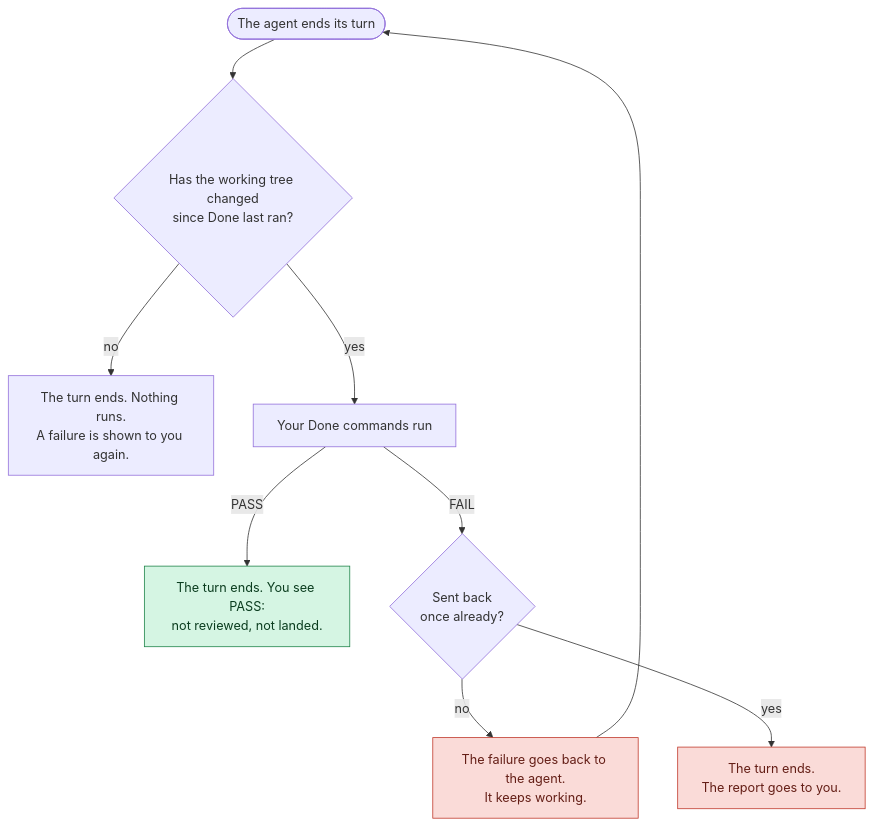
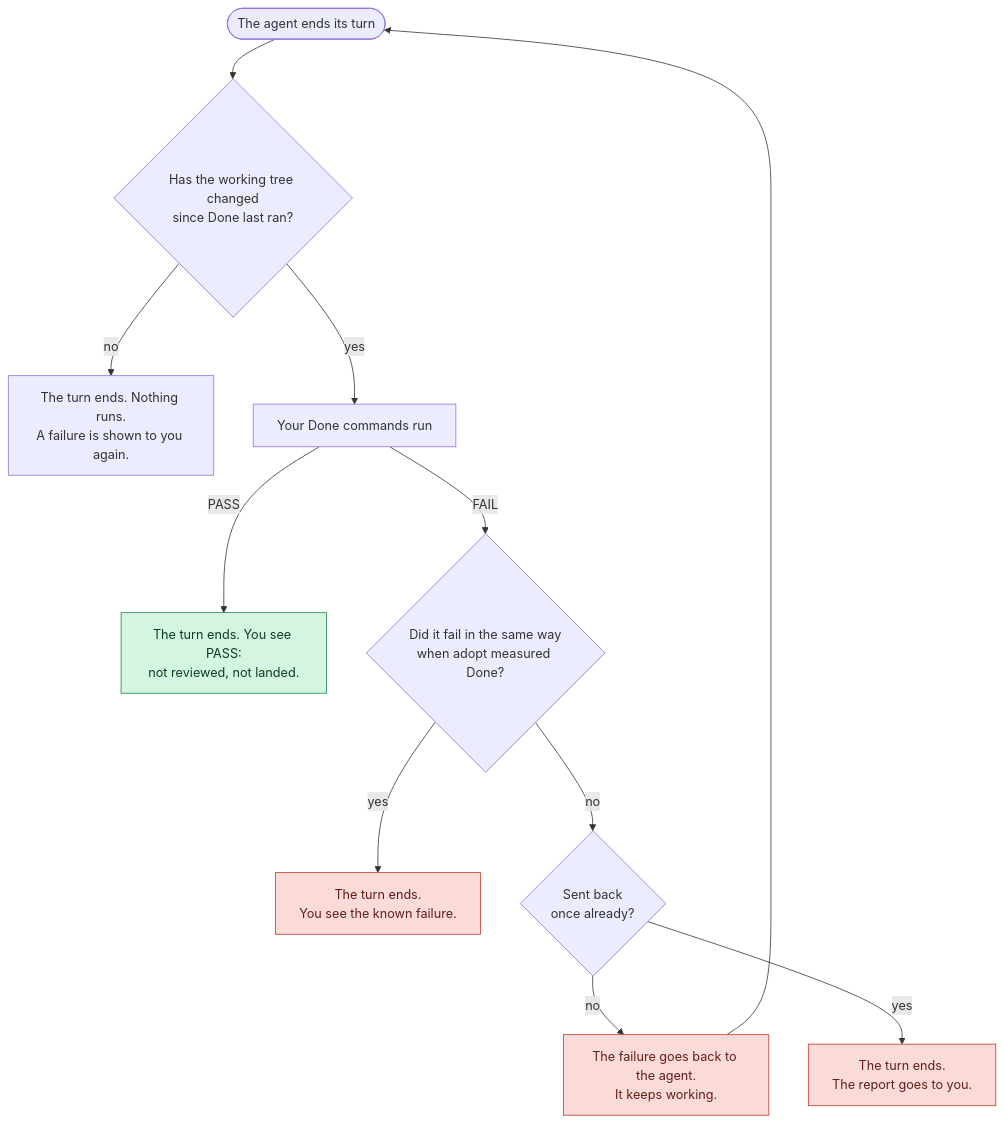
One commit to rajasdevel/outcomebound changed the first of 2 diagrams in README.md. Above: the diagram before and after it, drawn with Mermaid. The commit also changed other lines of this file and 2 other files, not shown here.

First line of the commit message:
Docs: the finish check in a worktree flow and in Codex

````diff
--- a/README.md
+++ b/README.md
@@ -161,15 +161,17 @@
 ```mermaid
 flowchart TD
     turn(["The agent ends its turn"]) --> changed{"Has the working tree changed<br/>since Done last ran?"}
     changed -- no --> idle["The turn ends. Nothing runs.<br/>A failure is shown to you again."]
     changed -- yes --> cmds["Your Done commands run"]
     cmds -- PASS --> pass["The turn ends. You see PASS:<br/>not reviewed, not landed."]
-    cmds -- FAIL --> retry{"Sent back<br/>once already?"}
+    cmds -- FAIL --> known{"Did it fail in the same way<br/>when adopt measured Done?"}
+    known -- yes --> told["The turn ends.<br/>You see the known failure."]
+    known -- no --> retry{"Sent back<br/>once already?"}
     retry -- no --> back["The failure goes back to the agent.<br/>It keeps working."]
     back --> turn
     retry -- yes --> report["The turn ends.<br/>The report goes to you."]
     classDef ok fill:#d5f5e3,stroke:#1e8449,color:#0b3d1f
     classDef bad fill:#fadbd8,stroke:#c0392b,color:#641e16
     class pass ok
-    class back,report bad
+    class back,report,told bad
 ```
````
